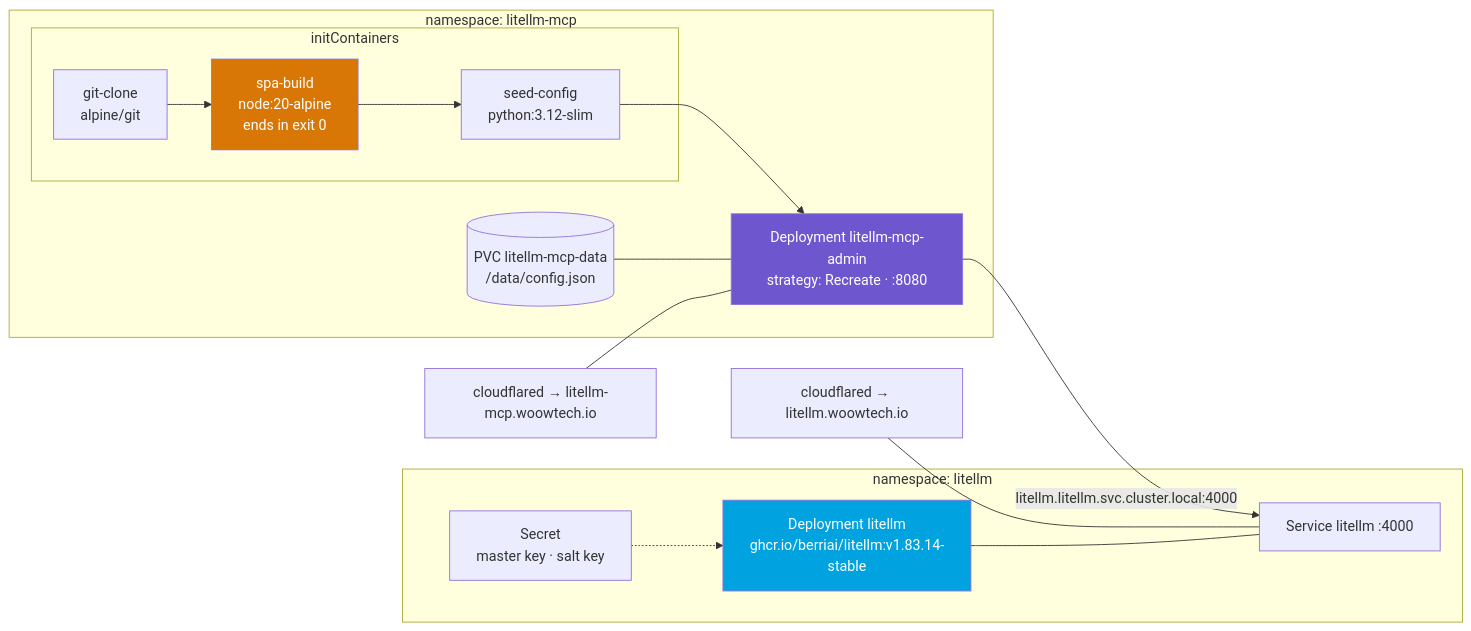
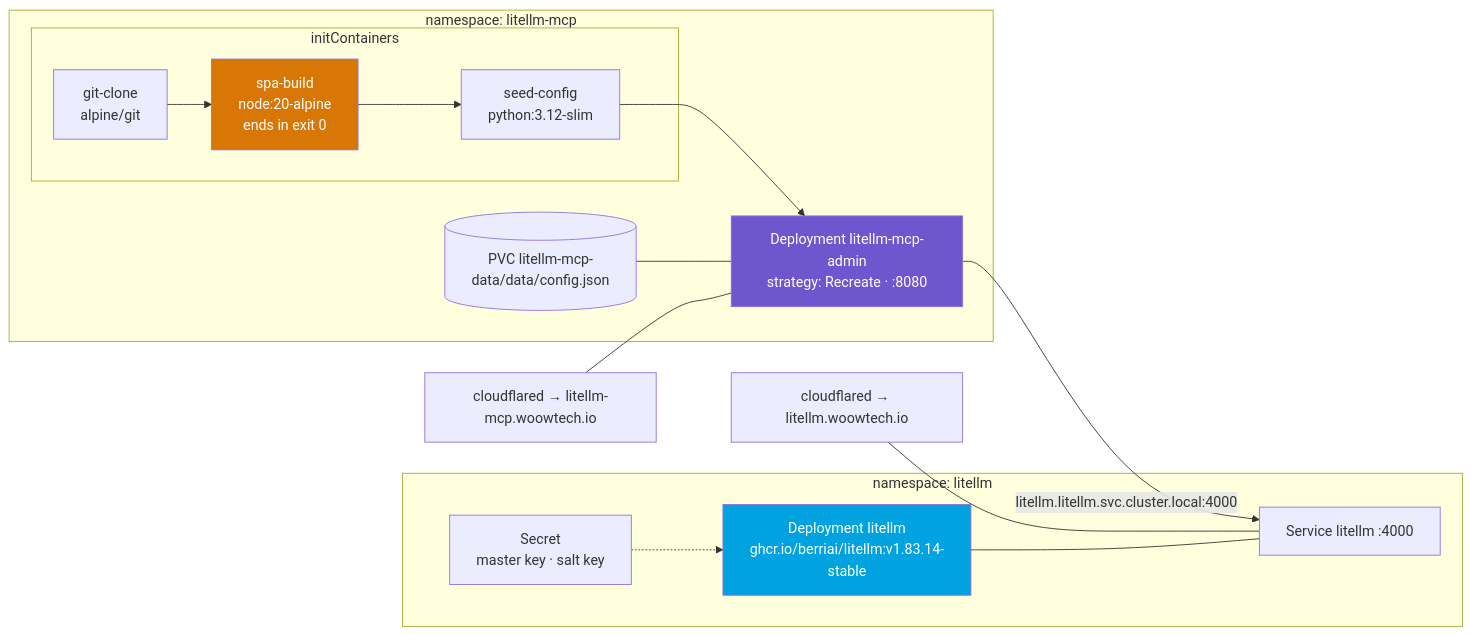
One commit to WOOWTECH/Woow_litellm_mcp_server changed the fourth of 4 diagrams in README.md. Above: the diagram before and after it, drawn with Mermaid. The commit also changed other lines of this file, not shown here.

````diff
--- a/README.md
+++ b/README.md
@@ -335,33 +335,33 @@
 ```mermaid
 flowchart LR
     subgraph ns1["namespace: litellm"]
         D1["Deployment litellm<br/>ghcr.io/berriai/litellm:v1.83.14-stable"]
         S1["Service litellm :4000"]
         SEC["Secret<br/>master key · salt key"]
         D1 --- S1
         SEC -.-> D1
     end
 
     subgraph ns2["namespace: litellm-mcp"]
         subgraph init["initContainers"]
             I1["git-clone<br/>alpine/git"]
             I2["spa-build<br/>node:20-alpine<br/>ends in exit 0"]
             I3["seed-config<br/>python:3.12-slim"]
         end
         D2["Deployment litellm-mcp-admin<br/>strategy: Recreate · :8080"]
-        PVC[("PVC litellm-mcp-data<br/>/data/config.json")]
+        PVC[("PVC litellm-mcp-data<br;>/data/config.json")]
         I1 --> I2 --> I3 --> D2
         PVC --- D2
     end
 
     T1["cloudflared → litellm.woowtech.io"]
     T2["cloudflared → litellm-mcp.woowtech.io"]
 
     D2 -->|"litellm.litellm.svc.cluster.local:4000"| S1
     T1 --- S1
     T2 --- D2
 
     style D1 fill:#00A3E0,color:#fff
     style D2 fill:#6E56CF,color:#fff
     style I2 fill:#D97706,color:#fff
 ```
````
